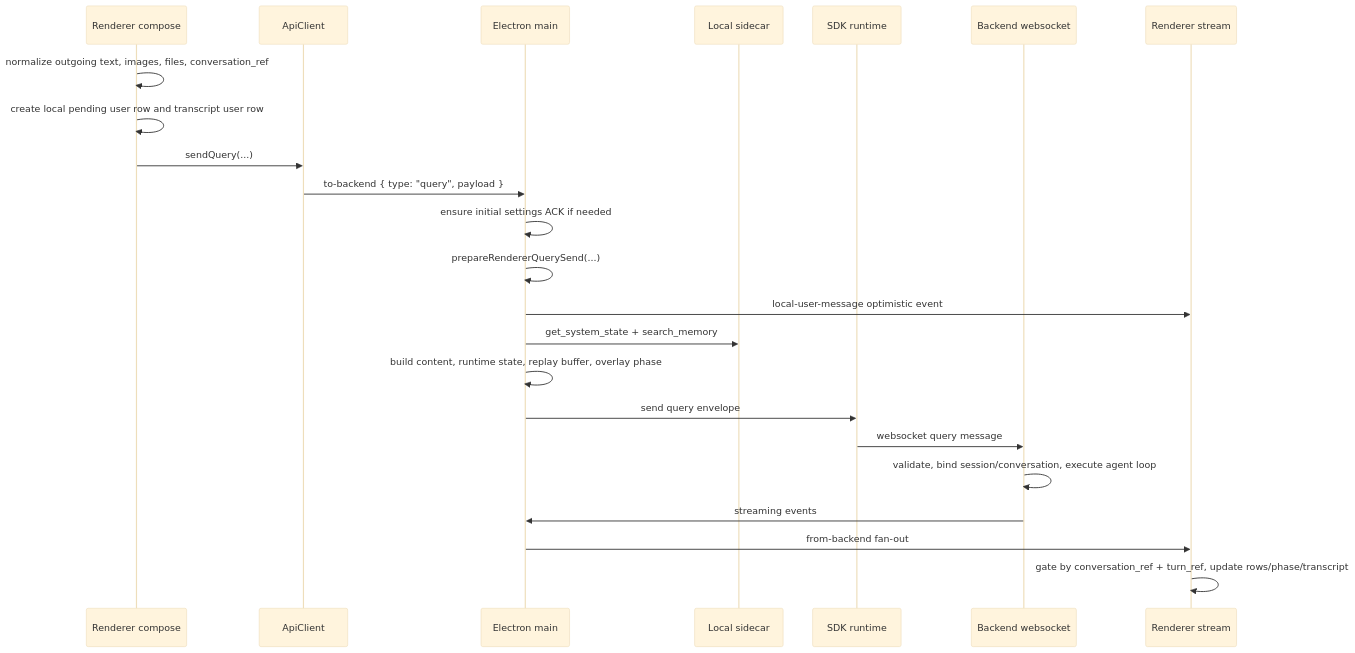
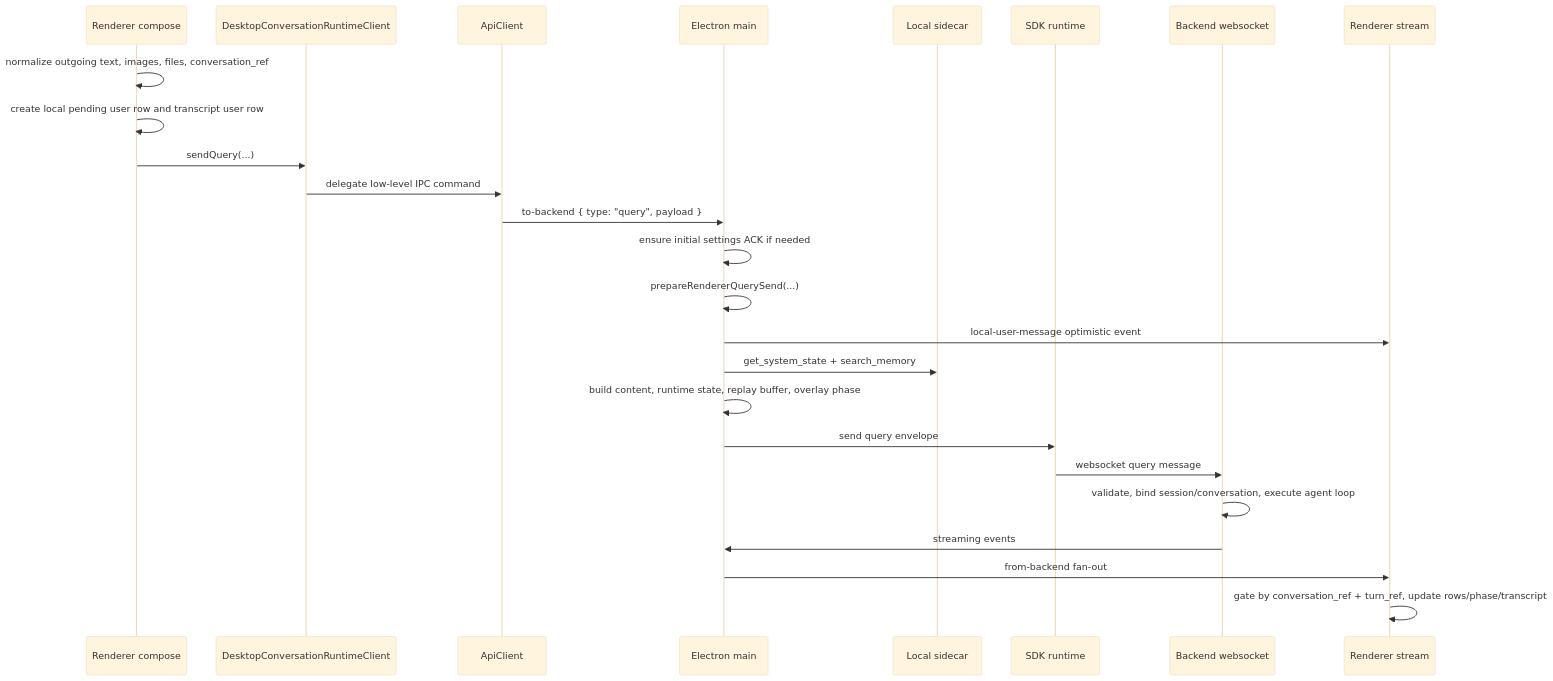
One commit to buiilding/My_Own_OpenClaw changed the diagram in docs/frontend/main/query_send_and_stream_relay_change_workflow.md. Above: the diagram before and after it, drawn with Mermaid (base theme). The commit also changed other lines of this file and 17 other files, not shown here.

````diff
--- a/docs/frontend/main/query_send_and_stream_relay_change_workflow.md
+++ b/docs/frontend/main/query_send_and_stream_relay_change_workflow.md
@@ -55,26 +55,28 @@
 ```mermaid
 sequenceDiagram
     participant R as Renderer compose
-    participant A as ApiClient
+    participant A as DesktopConversationRuntimeClient
+    participant IPC as ApiClient
     participant M as Electron main
     participant L as Local sidecar
     participant SDK as SDK runtime
     participant B as Backend websocket
     participant S as Renderer stream
 
     R->>R: normalize outgoing text, images, files, conversation_ref
     R->>R: create local pending user row and transcript user row
     R->>A: sendQuery(...)
-    A->>M: to-backend { type: "query", payload }
+    A->>IPC: delegate low-level IPC command
+    IPC->>M: to-backend { type: "query", payload }
     M->>M: ensure initial settings ACK if needed
     M->>M: prepareRendererQuerySend(...)
     M->>S: local-user-message optimistic event
     M->>L: get_system_state + search_memory
     M->>M: build content, runtime state, replay buffer, overlay phase
     M->>SDK: send query envelope
     SDK->>B: websocket query message
     B->>B: validate, bind session/conversation, execute agent loop
     B->>M: streaming events
     M->>S: from-backend fan-out
     S->>S: gate by conversation_ref + turn_ref, update rows/phase/transcript
 ```
````
